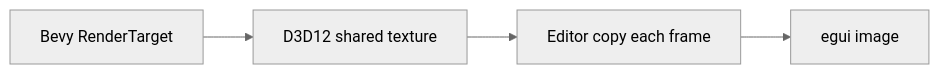
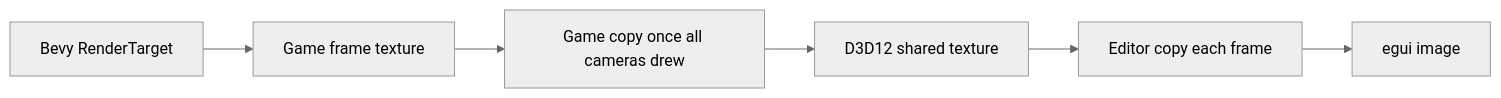
One commit to ski0090/besfa changed the third of 3 diagrams in docs/ARCHITECTURE.md. Above: the diagram before and after it, drawn with Mermaid (neutral theme). The commit also changed other lines of this file and 2 other files, not shown here.

Commit message:
Panels: no flicker, and the scene view shows in a game that makes it HDR (#58)
The game draws each frame into a texture of its own and copies it into the editor's shared texture once every camera has drawn, so the editor never reads a frame without the panels. The panels camera clears to transparent each frame, so a texture Bevy reuses from the HDR scene camera no longer covers the scene.

````diff
--- a/docs/ARCHITECTURE.md
+++ b/docs/ARCHITECTURE.md
@@ -53,6 +53,8 @@
 ```mermaid
 flowchart LR
-    Bevy[Bevy RenderTarget] --> Shared[D3D12 shared texture]
+    Bevy[Bevy RenderTarget] --> Frame[Game frame texture]
+    Frame --> Whole[Game copy once all cameras drew]
+    Whole --> Shared[D3D12 shared texture]
     Shared --> Copy[Editor copy each frame]
     Copy --> Image[egui image]
 ```
````
